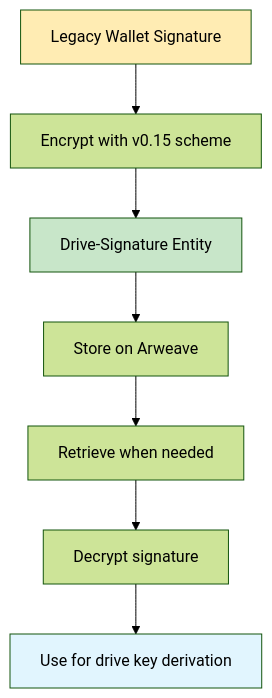
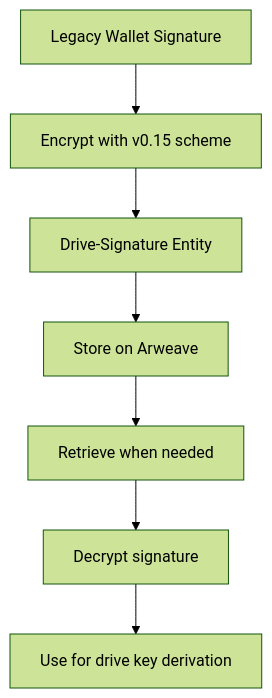
Before and after one commit to ar-io/docs: the third of 3 diagrams in content/build/advanced/arfs/privacy.mdx, drawn with Mermaid (forest theme). The commit also changed other lines of this file and 9 other files, not shown here.

First line of the commit message:
feat(docs): legible, on-brand diagrams

````diff
--- a/content/build/advanced/arfs/privacy.mdx
+++ b/content/build/advanced/arfs/privacy.mdx
@@ -165,13 +165,13 @@
 ```mermaid
 graph TD
     A[Legacy Wallet Signature] --> B[Encrypt with v0.15 scheme]
     B --> C[Drive-Signature Entity]
     C --> D[Store on Arweave]
     D --> E[Retrieve when needed]
     E --> F[Decrypt signature]
     F --> G[Use for drive key derivation]
 
-    style A fill:#ffecb3
-    style C fill:#c8e6c9
-    style G fill:#e1f5fe
+    class A dg-muted
+    class C dg-strong
+    class G dg-soft
 ```
````
